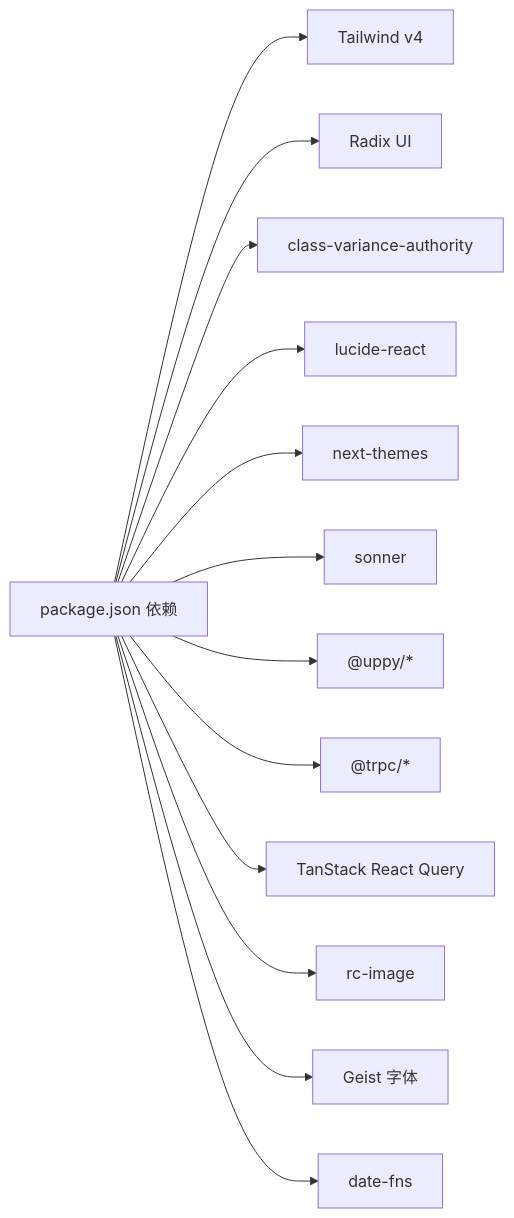
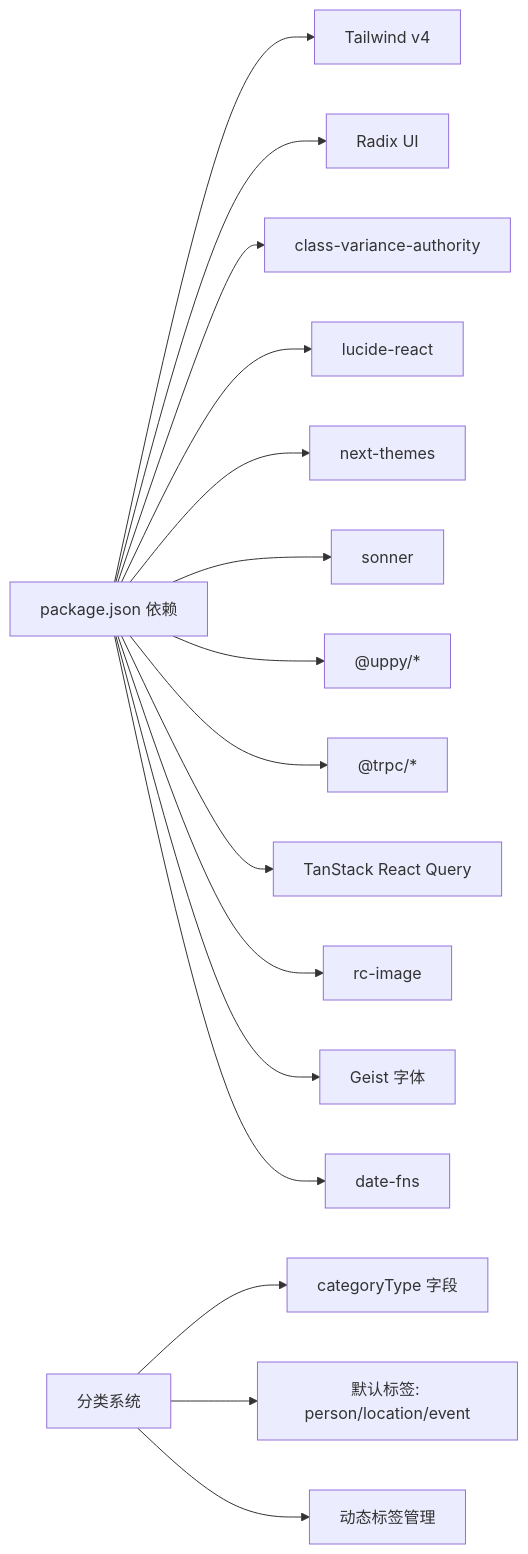
Diagram 11 of 11 in .qoder/repowiki/zh/content/前端组件架构/前端组件架构.md (RadiumAg/image-saas), drawn with Mermaid before and after one commit. The commit also changed other lines of this file and 6 other files, not shown here.

````diff
--- a/.qoder/repowiki/zh/content/前端组件架构/前端组件架构.md
+++ b/.qoder/repowiki/zh/content/前端组件架构/前端组件架构.md
@@ -595,15 +753,18 @@
 ```mermaid
 graph LR
 Pkg["package.json 依赖"] --> Tailwind["Tailwind v4"]
 Pkg --> Radix["Radix UI"]
 Pkg --> CVa["class-variance-authority"]
 Pkg --> Lucide["lucide-react"]
 Pkg --> Themes["next-themes"]
 Pkg --> Sonner["sonner"]
 Pkg --> Uppy["@uppy/*"]
 Pkg --> TRPC["@trpc/*"]
 Pkg --> TanStack["TanStack React Query"]
 Pkg --> RCImg["rc-image"]
 Pkg --> Geist["Geist 字体"]
 Pkg --> DateFns["date-fns"]
+Cat["分类系统"] --> CategoryType["categoryType 字段"]
+Cat --> DefaultTags["默认标签: person/location/event"]
+Cat --> DynamicTags["动态标签管理"]
 ```
````
